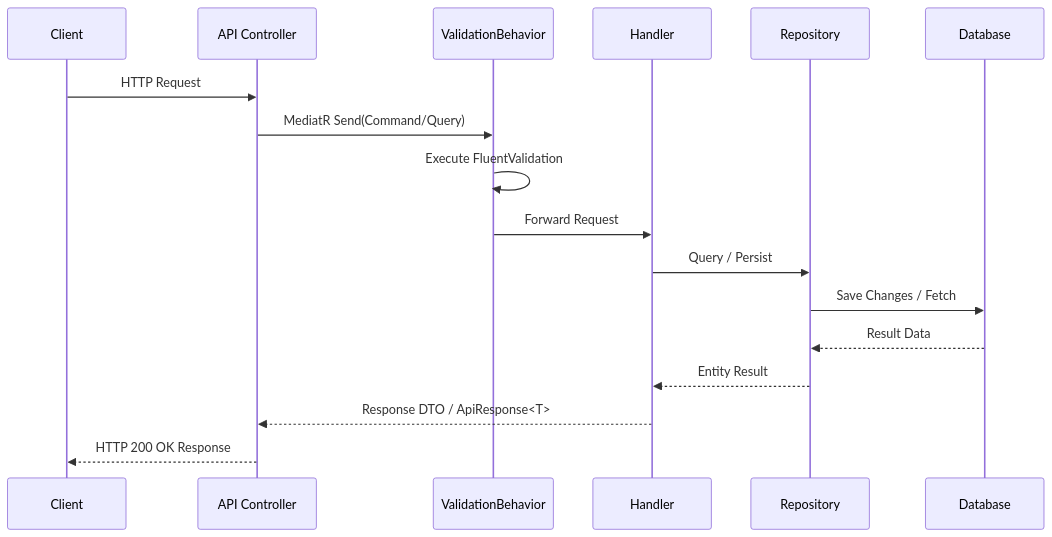
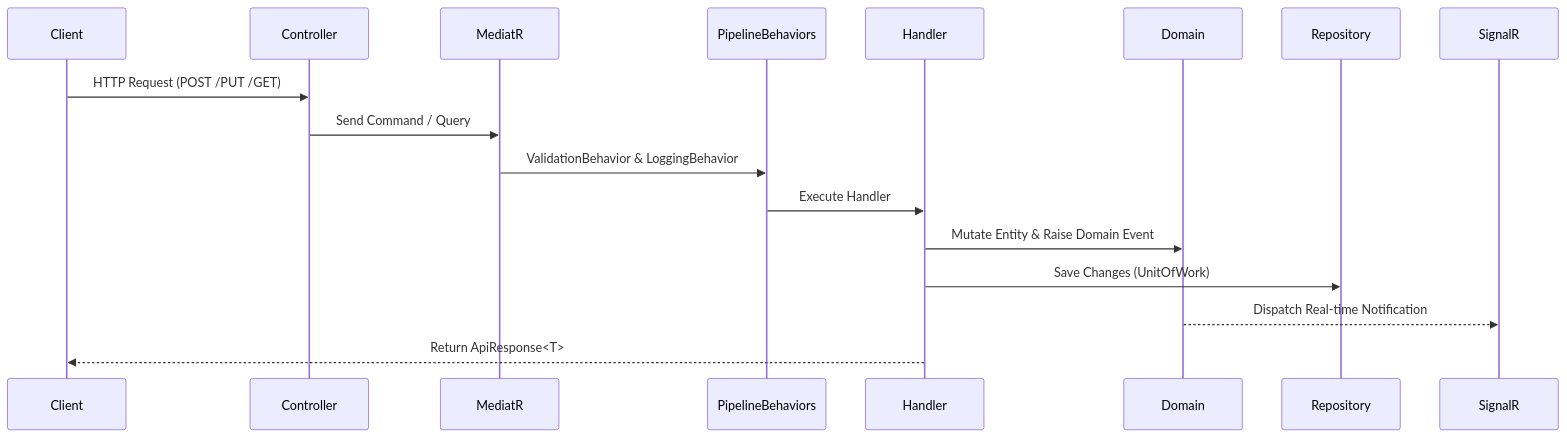
The second of 2 diagrams in README.md (MuhammadBilal64/DevFlow), drawn with Mermaid before and after one commit. The commit also changed other lines of this file and 1 other file, not shown here.

````diff
--- a/README.md
+++ b/README.md
@@ -197,21 +151,20 @@
 ```mermaid
 sequenceDiagram
+    participant Client
+    participant Controller
+    participant MediatR
+    participant PipelineBehaviors
+    participant Handler
+    participant Domain
+    participant Repository
+    participant SignalR
 
-participant Client
-participant API Controller
-participant ValidationBehavior
-participant Handler
-participant Repository
-participant Database
-
-Client->>API Controller: HTTP Request
-API Controller->>ValidationBehavior: MediatR Send(Command/Query)
-ValidationBehavior->>ValidationBehavior: Execute FluentValidation
-ValidationBehavior->>Handler: Forward Request
-Handler->>Repository: Query / Persist
-Repository->>Database: Save Changes / Fetch
-Database-->>Repository: Result Data
-Repository-->>Handler: Entity Result
-Handler-->>API Controller: Response DTO / ApiResponse<T>
-API Controller-->>Client: HTTP 200 OK Response
+    Client->>Controller: HTTP Request (POST /PUT /GET)
+    Controller->>MediatR: Send Command / Query
+    MediatR->>PipelineBehaviors: ValidationBehavior & LoggingBehavior
+    PipelineBehaviors->>Handler: Execute Handler
+    Handler->>Domain: Mutate Entity & Raise Domain Event
+    Handler->>Repository: Save Changes (UnitOfWork)
+    Domain-->>SignalR: Dispatch Real-time Notification
+    Handler-->>Client: Return ApiResponse<T>
 ```
````
